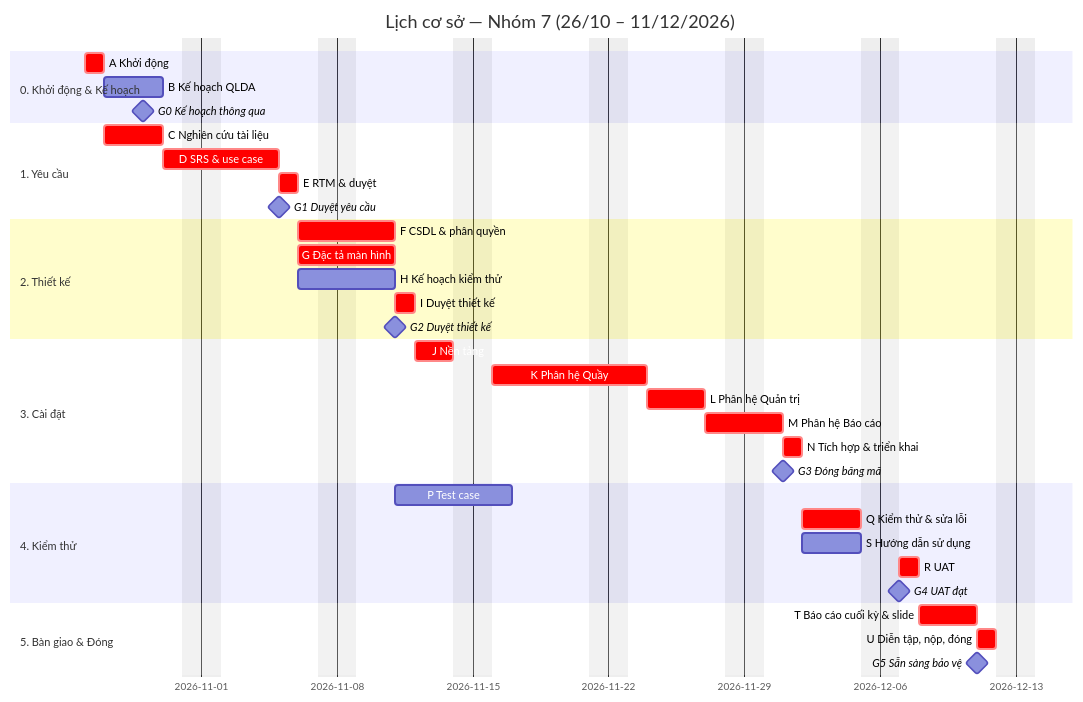
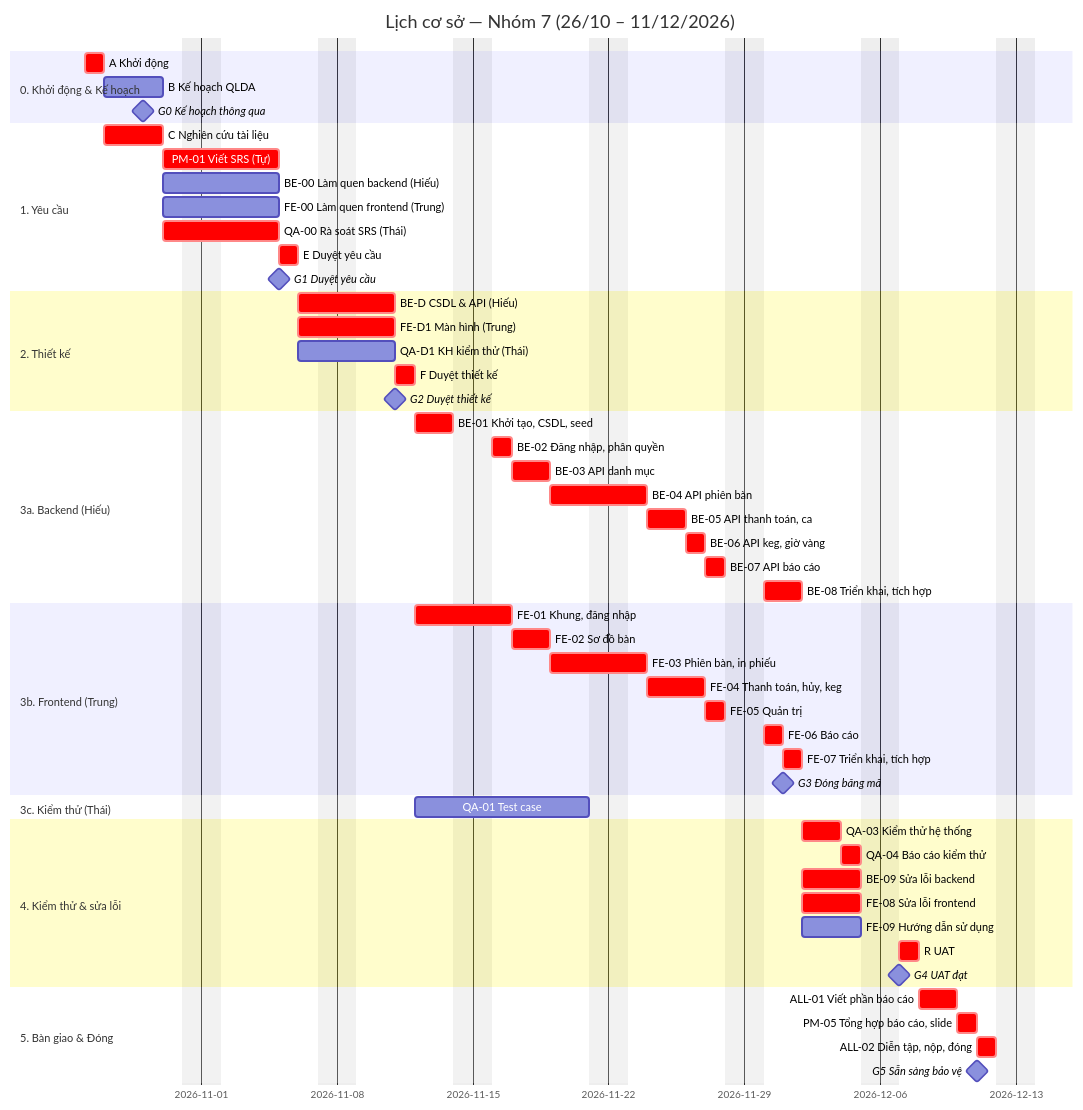
One commit to xuan-tu-ai/bia-hoi-pos changed the second of 2 diagrams in docs/ke-hoach-quan-ly-du-an.md. Above: the diagram before and after it, drawn with Mermaid. The commit also changed other lines of this file and 1 other file, not shown here.

First line of the commit message:
docs(ke-hoach): v0.2 — khớp SRS v0.2

````diff
--- a/docs/ke-hoach-quan-ly-du-an.md
+++ b/docs/ke-hoach-quan-ly-du-an.md
@@ -457,38 +527,57 @@
 ```mermaid
 gantt
   title Lịch cơ sở — Nhóm 7 (26/10 – 11/12/2026)
   dateFormat YYYY-MM-DD
   excludes weekends
   section 0. Khởi động & Kế hoạch
-  A Khởi động                 :crit, a, 2026-10-26, 1d
-  B Kế hoạch QLDA             :b, after a, 3d
-  G0 Kế hoạch thông qua       :milestone, g0, 2026-10-29, 0d
+  A Khởi động                    :crit, a, 2026-10-26, 1d
+  B Kế hoạch QLDA                :b, after a, 3d
+  G0 Kế hoạch thông qua          :milestone, g0, 2026-10-29, 0d
   section 1. Yêu cầu
-  C Nghiên cứu tài liệu       :crit, c, after a, 3d
-  D SRS & use case            :crit, d, after c, 4d
-  E RTM & duyệt               :crit, e, after d, 1d
-  G1 Duyệt yêu cầu            :milestone, g1, 2026-11-05, 0d
+  C Nghiên cứu tài liệu          :crit, c, after a, 3d
+  PM-01 Viết SRS (Tự)            :crit, d, after c, 4d
+  BE-00 Làm quen backend (Hiếu)  :be00, after c, 4d
+  FE-00 Làm quen frontend (Trung):fe00, after c, 4d
+  QA-00 Rà soát SRS (Thái)       :crit, qa00, after c, 4d
+  E Duyệt yêu cầu                :crit, e, after d, 1d
+  G1 Duyệt yêu cầu               :milestone, g1, 2026-11-05, 0d
   section 2. Thiết kế
-  F CSDL & phân quyền         :crit, f, after e, 3d
-  G Đặc tả màn hình           :crit, g, after e, 3d
-  H Kế hoạch kiểm thử         :h, after e, 3d
-  I Duyệt thiết kế            :crit, i, after f, 1d
-  G2 Duyệt thiết kế           :milestone, g2, 2026-11-11, 0d
-  section 3. Cài đặt
-  J Nền tảng                  :crit, j, after i, 2d
-  K Phân hệ Quầy              :crit, k, after j, 6d
-  L Phân hệ Quản trị          :crit, l, after k, 3d
-  M Phân hệ Báo cáo           :crit, m, after l, 2d
-  N Tích hợp & triển khai     :crit, n, after m, 1d
-  G3 Đóng băng mã             :milestone, g3, 2026-12-01, 0d
-  section 4. Kiểm thử
-  P Test case                 :p, after h, 4d
-  Q Kiểm thử & sửa lỗi        :crit, q, after n, 3d
-  S Hướng dẫn sử dụng         :s, after n, 3d
-  R UAT                       :crit, r, after q, 1d
-  G4 UAT đạt                  :milestone, g4, 2026-12-07, 0d
+  BE-D CSDL & API (Hiếu)         :crit, bed, after e, 3d
+  FE-D1 Màn hình (Trung)         :crit, fed, after e, 3d
+  QA-D1 KH kiểm thử (Thái)       :qad, after e, 3d
+  F Duyệt thiết kế               :crit, f, after bed, 1d
+  G2 Duyệt thiết kế              :milestone, g2, 2026-11-11, 0d
+  section 3a. Backend (Hiếu)
+  BE-01 Khởi tạo, CSDL, seed     :crit, be01, after f, 2d
+  BE-02 Đăng nhập, phân quyền    :crit, be02, after be01, 1d
+  BE-03 API danh mục             :crit, be03, after be02, 2d
+  BE-04 API phiên bàn            :crit, be04, after be03, 3d
+  BE-05 API thanh toán, ca       :crit, be05, after be04, 2d
+  BE-06 API keg, giờ vàng        :crit, be06, after be05, 1d
+  BE-07 API báo cáo              :crit, be07, after be06, 1d
+  BE-08 Triển khai, tích hợp     :crit, be08, after be07, 2d
+  section 3b. Frontend (Trung)
+  FE-01 Khung, đăng nhập         :crit, fe01, after f, 3d
+  FE-02 Sơ đồ bàn                :crit, fe02, after fe01, 2d
+  FE-03 Phiên bàn, in phiếu      :crit, fe03, after fe02, 3d
+  FE-04 Thanh toán, hủy, keg     :crit, fe04, after fe03, 3d
+  FE-05 Quản trị                 :crit, fe05, after fe04, 1d
+  FE-06 Báo cáo                  :crit, fe06, after fe05, 1d
+  FE-07 Triển khai, tích hợp     :crit, fe07, after fe06, 1d
+  G3 Đóng băng mã                :milestone, g3, 2026-12-01, 0d
+  section 3c. Kiểm thử (Thái)
+  QA-01 Test case                :qa01, after f, 7d
+  section 4. Kiểm thử & sửa lỗi
+  QA-03 Kiểm thử hệ thống        :crit, qa03, after fe07, 2d
+  QA-04 Báo cáo kiểm thử         :crit, qa04, after qa03, 1d
+  BE-09 Sửa lỗi backend          :crit, be09, after be08, 3d
+  FE-08 Sửa lỗi frontend         :crit, fe08, after fe07, 3d
+  FE-09 Hướng dẫn sử dụng        :fe09, after fe07, 3d
+  R UAT                          :crit, r, after qa04, 1d
+  G4 UAT đạt                     :milestone, g4, 2026-12-07, 0d
   section 5. Bàn giao & Đóng
-  T Báo cáo cuối kỳ & slide   :crit, t, after r, 3d
-  U Diễn tập, nộp, đóng       :crit, u, after t, 1d
-  G5 Sẵn sàng bảo vệ          :milestone, g5, 2026-12-11, 0d
+  ALL-01 Viết phần báo cáo       :crit, all01, after r, 2d
+  PM-05 Tổng hợp báo cáo, slide  :crit, pm05, after all01, 1d
+  ALL-02 Diễn tập, nộp, đóng     :crit, all02, after pm05, 1d
+  G5 Sẵn sàng bảo vệ             :milestone, g5, 2026-12-11, 0d
 ```
````
